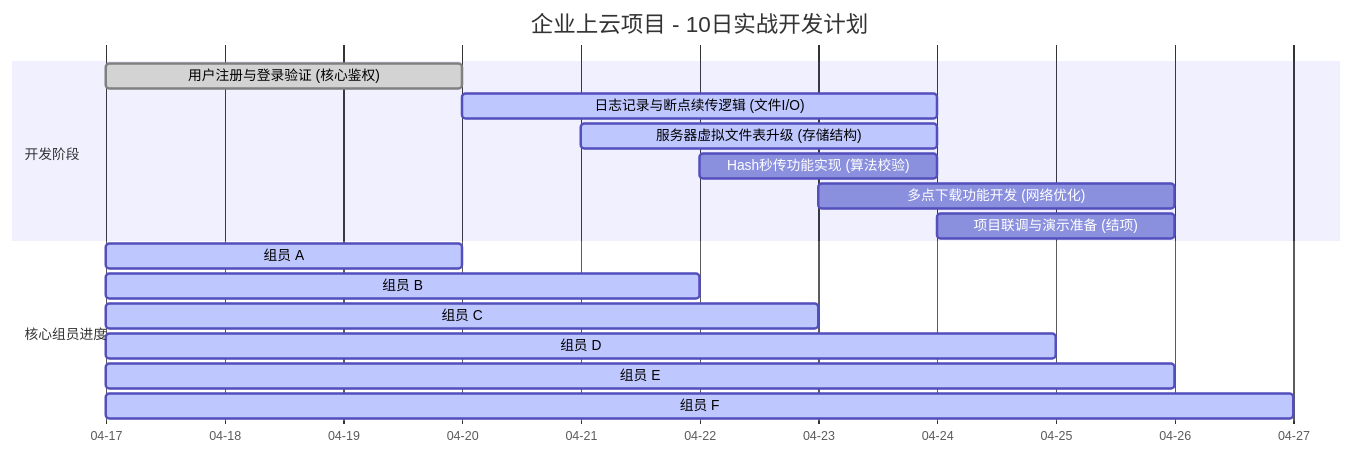
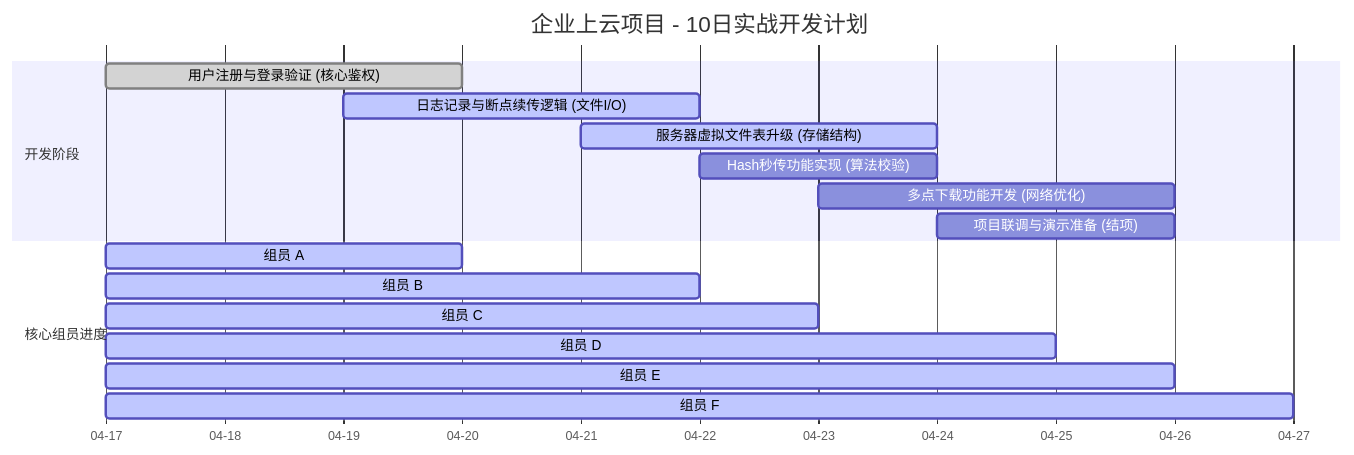
Before and after one commit to panlong-studio/WindCloud: the diagram in README.md, drawn with Mermaid. The commit also changed other lines of this file, not shown here.

Commit message:
improve README formatting
Updated task deadlines and corrected formatting in project description.

````diff
--- a/README.md
+++ b/README.md
@@ -8,22 +8,22 @@
 ```mermaid
 gantt
     title 企业上云项目 - 10日实战开发计划
     dateFormat  YYYY-MM-DD
     axisFormat  %m-%d
 
     section 开发阶段
     用户注册与登录验证 (核心鉴权)    :done,   task1, 2026-04-17, 3d
-    日志记录与断点续传逻辑 (文件I/O) :active, task2, 2026-04-20, 4d
+    日志记录与断点续传逻辑 (文件I/O) :active, task2, 2026-04-19, 3d
     服务器虚拟文件表升级 (存储结构)   :active, task3, 2026-04-21, 3d
     Hash秒传功能实现 (算法校验)      :         task4, 2026-04-22, 2d
     多点下载功能开发 (网络优化)      :         task5, 2026-04-23, 3d
     项目联调与演示准备 (结项)        :         task6, 2026-04-24, 2d
 
     section 核心组员进度
     组员 A :active, a1, 2026-04-17, 3d
     组员 B :active, b1, 2026-04-17, 5d
     组员 C :active, c1, 2026-04-17, 6d
     组员 D :active, d1, 2026-04-17, 8d
     组员 E :active, e1, 2026-04-17, 9d
     组员 F :active, f1, 2026-04-17, 10d
 ```
````
